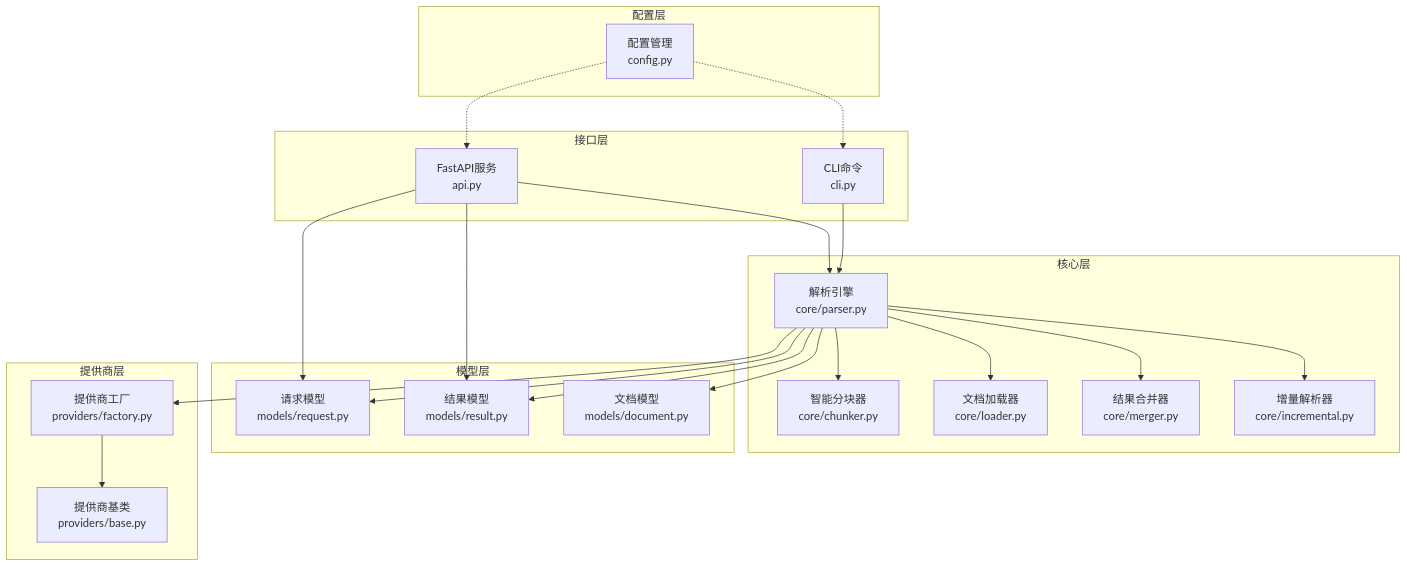
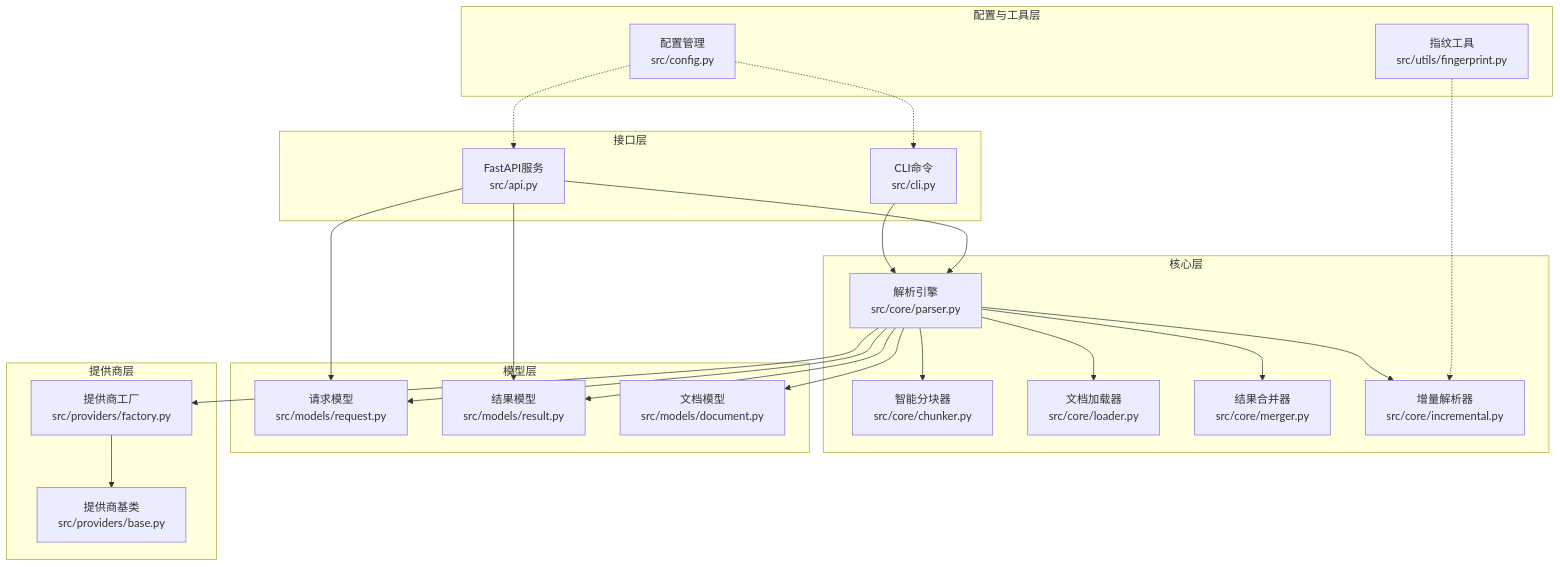
One commit to wowzhangji/doc_ai_parser changed the first of 6 diagrams in .qoder/repowiki/zh/content/架构设计/系统概览.md. Above: the diagram before and after it, drawn with Mermaid. The commit also changed other lines of this file and 25 other files, not shown here.

````diff
--- a/.qoder/repowiki/zh/content/架构设计/系统概览.md
+++ b/.qoder/repowiki/zh/content/架构设计/系统概览.md
@@ -54,41 +53,43 @@
 ```mermaid
 graph TB
 subgraph "接口层"
-CLI["CLI命令<br/>cli.py"]
-API["FastAPI服务<br/>api.py"]
+CLI["CLI命令<br/>src/cli.py"]
+API["FastAPI服务<br/>src/api.py"]
 end
 subgraph "核心层"
-PARSER["解析引擎<br/>core/parser.py"]
-CHUNKER["智能分块器<br/>core/chunker.py"]
-LOADER["文档加载器<br/>core/loader.py"]
-MERGER["结果合并器<br/>core/merger.py"]
-INC["增量解析器<br/>core/incremental.py"]
+PARSER["解析引擎<br/>src/core/parser.py"]
+CHUNKER["智能分块器<br/>src/core/chunker.py"]
+LOADER["文档加载器<br/>src/core/loader.py"]
+MERGER["结果合并器<br/>src/core/merger.py"]
+INC["增量解析器<br/>src/core/incremental.py"]
 end
 subgraph "模型层"
-MODELS_REQ["请求模型<br/>models/request.py"]
-MODELS_RES["结果模型<br/>models/result.py"]
-MODELS_DOC["文档模型<br/>models/document.py"]
+MODELS_REQ["请求模型<br/>src/models/request.py"]
+MODELS_RES["结果模型<br/>src/models/result.py"]
+MODELS_DOC["文档模型<br/>src/models/document.py"]
 end
 subgraph "提供商层"
-FACTORY["提供商工厂<br/>providers/factory.py"]
-BASE["提供商基类<br/>providers/base.py"]
+FACTORY["提供商工厂<br/>src/providers/factory.py"]
+BASE["提供商基类<br/>src/providers/base.py"]
 end
-subgraph "配置层"
-CONFIG["配置管理<br/>config.py"]
+subgraph "配置与工具层"
+CONFIG["配置管理<br/>src/config.py"]
+FP["指纹工具<br/>src/utils/fingerprint.py"]
 end
 CLI --> PARSER
 API --> PARSER
 PARSER --> CHUNKER
 PARSER --> LOADER
 PARSER --> MERGER
 PARSER --> INC
 PARSER --> FACTORY
 FACTORY --> BASE
 PARSER --> MODELS_REQ
 PARSER --> MODELS_RES
 PARSER --> MODELS_DOC
 API --> MODELS_REQ
 API --> MODELS_RES
 CONFIG -.-> API
 CONFIG -.-> CLI
+FP -.-> INC
 ```
````
